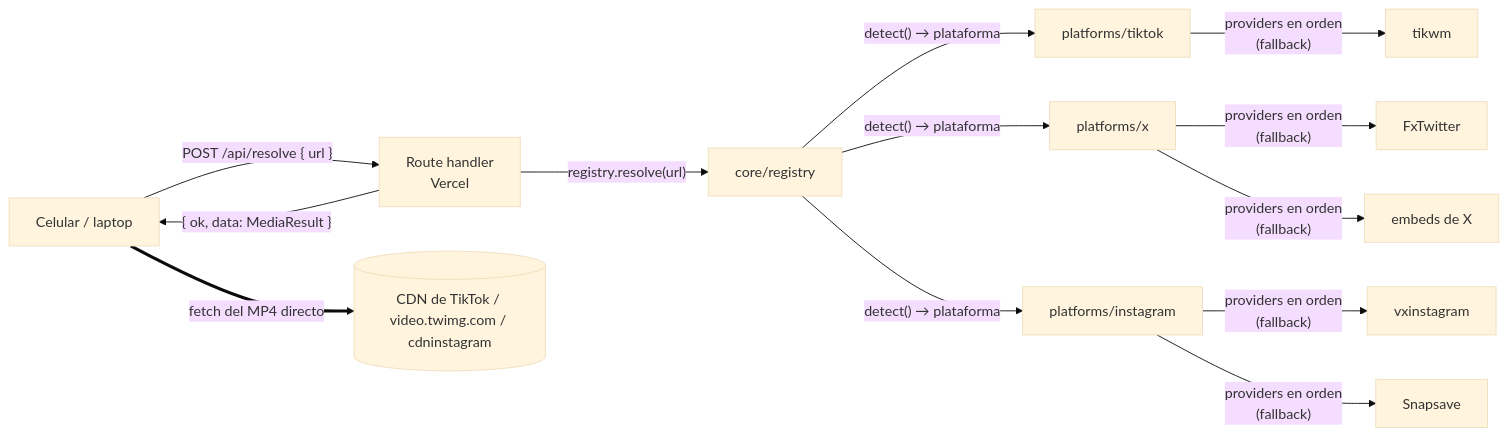
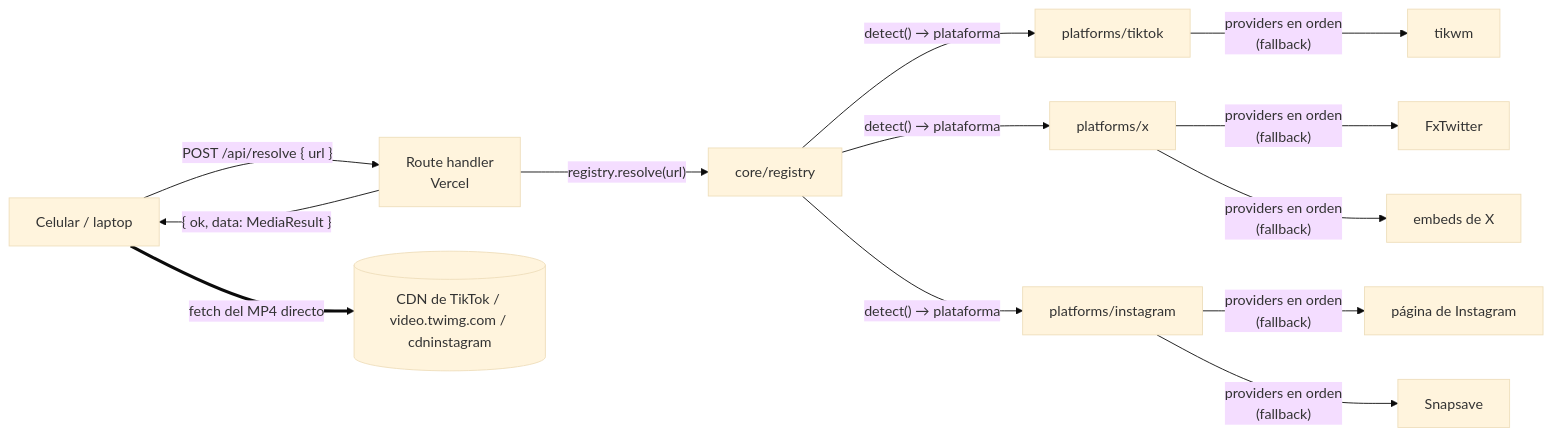
One commit to franciscoscarrone/giga-down changed the diagram in README.md. Above: the diagram before and after it, drawn with Mermaid (base theme). The commit also changed other lines of this file, not shown here.

Commit message:
docs(instagram): la página pública primero, Snapsave de respaldo

````diff
--- a/README.md
+++ b/README.md
@@ -34,13 +33,13 @@
 ```mermaid
 flowchart LR
   U[Celular / laptop] -- "POST /api/resolve { url }" --> API[Route handler<br/>Vercel]
   API -- "registry.resolve(url)" --> R[core/registry]
   R -- "detect() → plataforma" --> P[platforms/tiktok]
   R -- "detect() → plataforma" --> X[platforms/x]
   R -- "detect() → plataforma" --> I[platforms/instagram]
   P -- "providers en orden<br/>(fallback)" --> T[tikwm]
   X -- "providers en orden<br/>(fallback)" --> F[FxTwitter] & S[embeds de X]
-  I -- "providers en orden<br/>(fallback)" --> V[vxinstagram] & SS[Snapsave]
+  I -- "providers en orden<br/>(fallback)" --> IG[página de Instagram] & SS[Snapsave]
   API -- "{ ok, data: MediaResult }" --> U
   U == "fetch del MP4 directo" ==> CDN[(CDN de TikTok / video.twimg.com / cdninstagram)]
 ```
````
